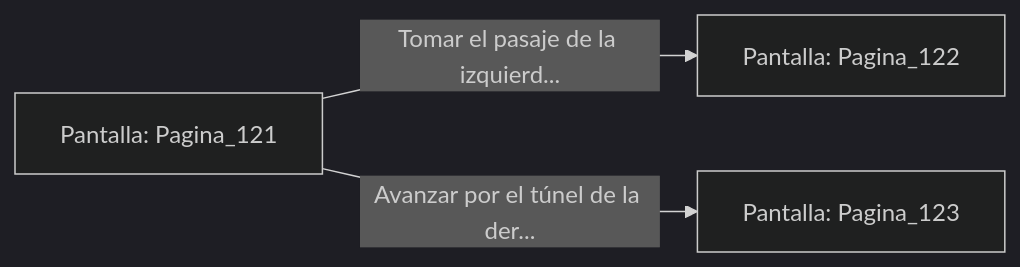
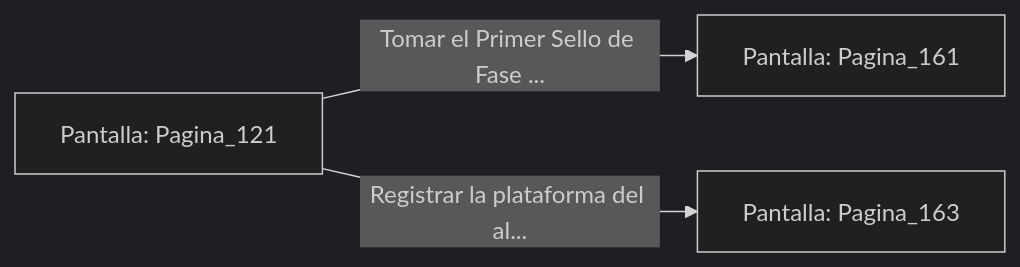
One commit to metsuke/mpl changed the diagram in sample/eligejuego-vault/Pantalla_Pagina_121.md. Above: the diagram before and after it, drawn with Mermaid (dark theme). The commit also changed other lines of this file and 635 other files, not shown here.

First line of the commit message:
fix: añadir Pagina_1 como pantalla inicial en capitulo_01.mpl

````diff
--- a/sample/eligejuego-vault/Pantalla_Pagina_121.md
+++ b/sample/eligejuego-vault/Pantalla_Pagina_121.md
@@ -20,6 +24,6 @@
 ```mermaid
 graph LR
     P_Pagina_121["Pantalla: Pagina_121"]
-    P_Pagina_121 -->|"Tomar el pasaje de la izquierd..."| P_Pagina_122["Pantalla: Pagina_122"]
-    P_Pagina_121 -->|"Avanzar por el túnel de la der..."| P_Pagina_123["Pantalla: Pagina_123"]
+    P_Pagina_121 -->|"Tomar el Primer Sello de Fase ..."| P_Pagina_161["Pantalla: Pagina_161"]
+    P_Pagina_121 -->|"Registrar la plataforma del al..."| P_Pagina_163["Pantalla: Pagina_163"]
 ```
````
